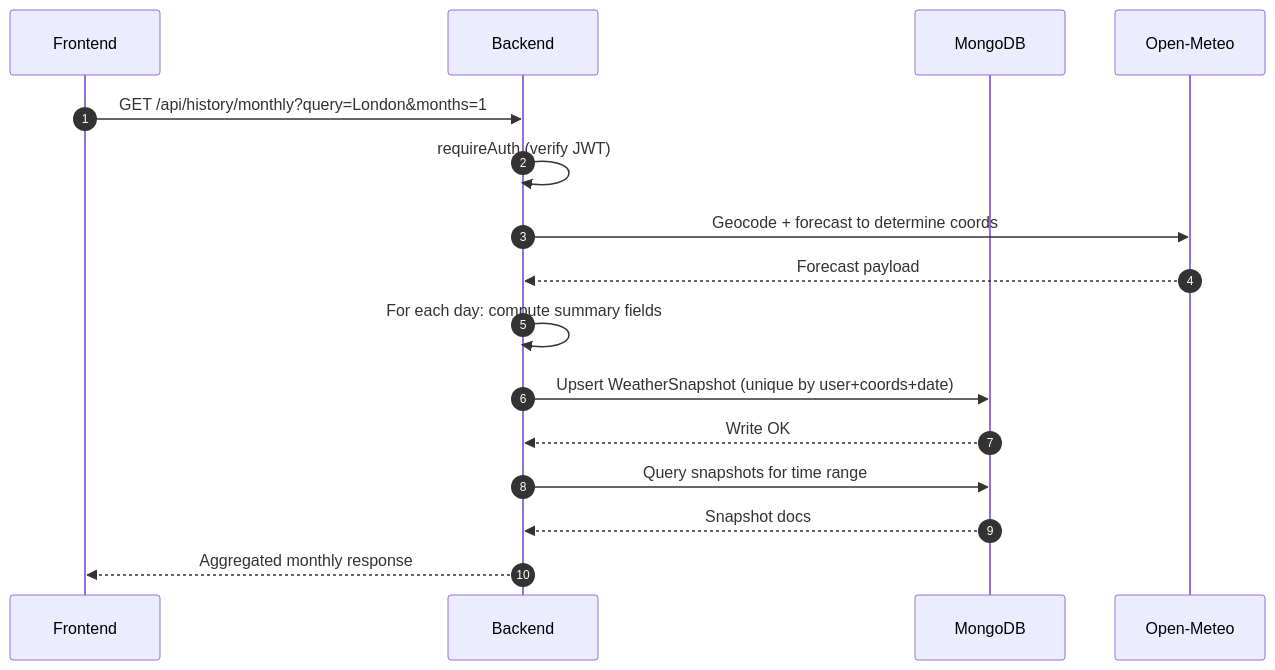
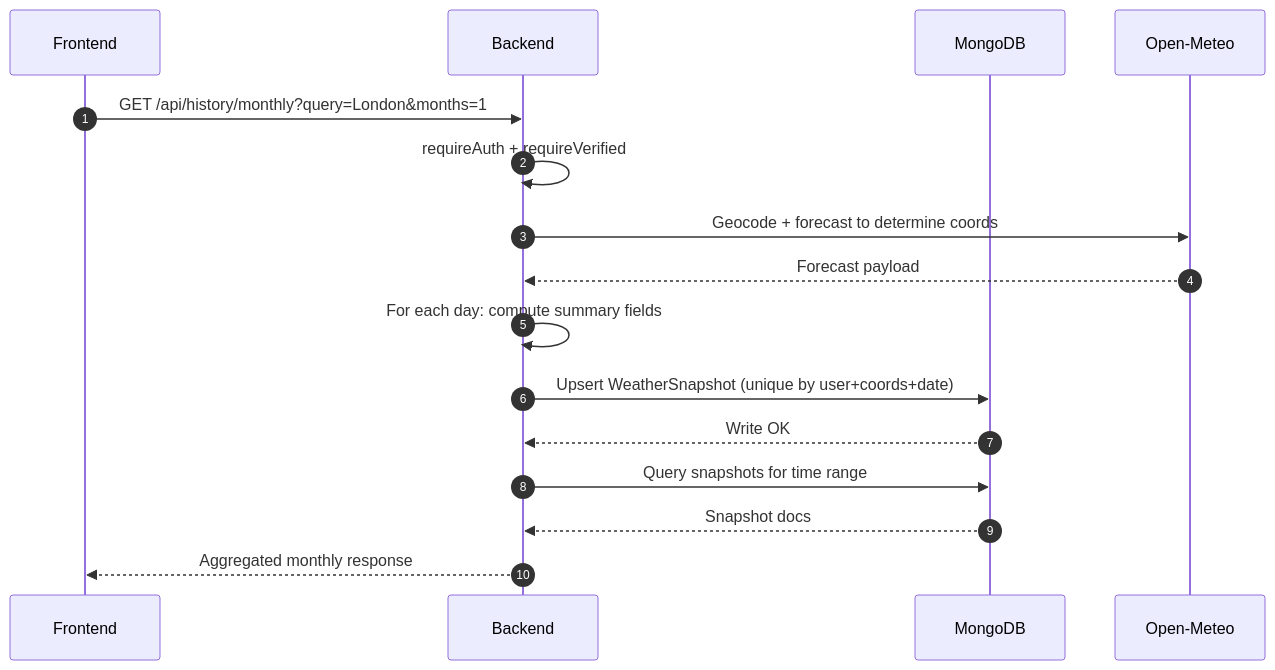
One commit to AnirudhCS-SASTRA2020/MERN-Weather-Application changed the ninth of 9 diagrams in docs/FLOWS_AND_DIAGRAMS.md. Above: the diagram before and after it, drawn with Mermaid. The commit also changed other lines of this file and 38 other files, not shown here.

````diff
--- a/docs/FLOWS_AND_DIAGRAMS.md
+++ b/docs/FLOWS_AND_DIAGRAMS.md
@@ -212,21 +245,21 @@
 ```mermaid
 sequenceDiagram
   autonumber
   participant FE as Frontend
   participant BE as Backend
   participant DB as MongoDB
   participant OM as Open‑Meteo
 
   FE->>BE: GET /api/history/monthly?query=London&months=1
-  BE->>BE: requireAuth (verify JWT)
+  BE->>BE: requireAuth + requireVerified
   BE->>OM: Geocode + forecast to determine coords
   OM-->>BE: Forecast payload
 
   BE->>BE: For each day: compute summary fields
   BE->>DB: Upsert WeatherSnapshot (unique by user+coords+date)
   DB-->>BE: Write OK
 
   BE->>DB: Query snapshots for time range
   DB-->>BE: Snapshot docs
   BE-->>FE: Aggregated monthly response
 ```
````
